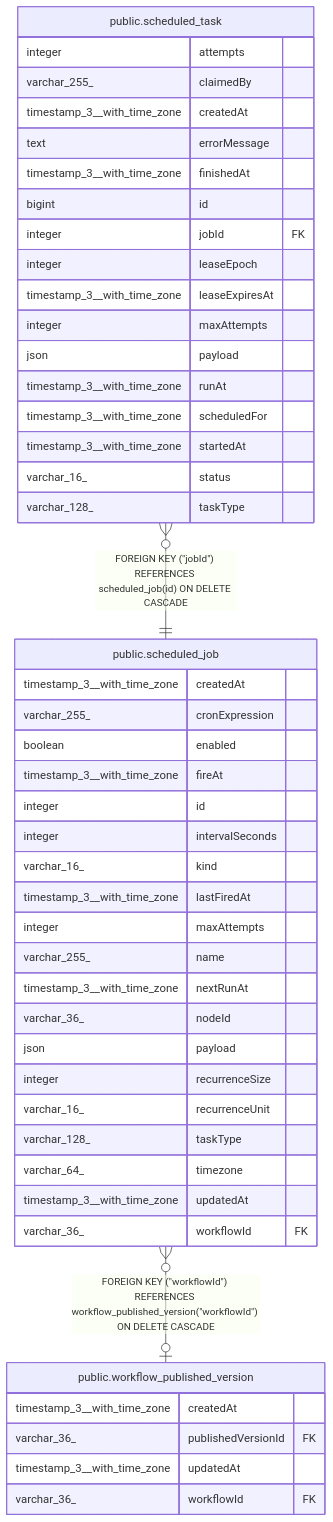
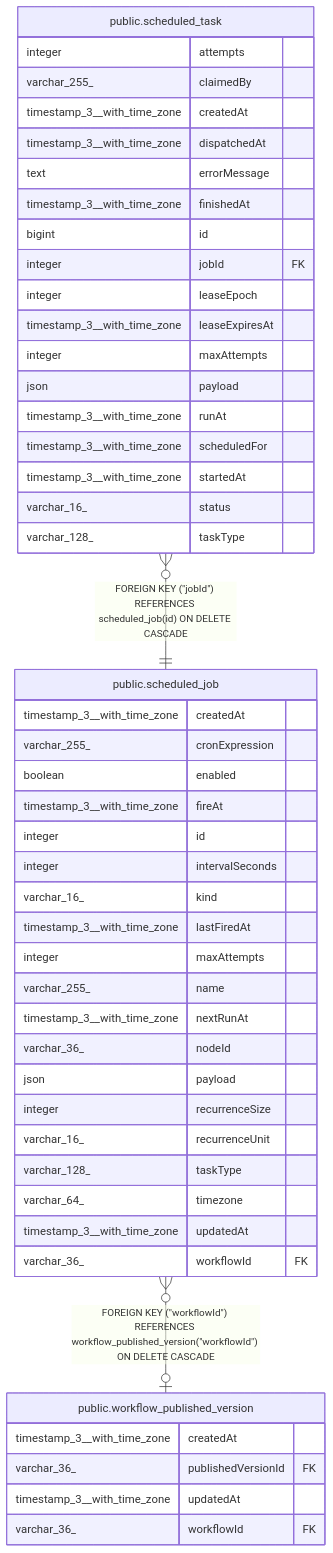
One commit to mayankjain1815-commits/n8n changed the diagram in docs/generated/postgres-schema/public.scheduled_job.md. Above: the diagram before and after it, drawn with Mermaid. The commit also changed 35 other files, not shown here.

````diff
--- a/docs/generated/postgres-schema/public.scheduled_job.md
+++ b/docs/generated/postgres-schema/public.scheduled_job.md
@@ -61,52 +61,53 @@
 ```mermaid
 erDiagram
 
 "public.scheduled_task" }o--|| "public.scheduled_job" : "FOREIGN KEY (#quot;jobId#quot;) REFERENCES scheduled_job(id) ON DELETE CASCADE"
 "public.scheduled_job" }o--o| "public.workflow_published_version" : "FOREIGN KEY (#quot;workflowId#quot;) REFERENCES workflow_published_version(#quot;workflowId#quot;) ON DELETE CASCADE"
 
 "public.scheduled_job" {
   timestamp_3__with_time_zone createdAt
   varchar_255_ cronExpression
   boolean enabled
   timestamp_3__with_time_zone fireAt
   integer id
   integer intervalSeconds
   varchar_16_ kind
   timestamp_3__with_time_zone lastFiredAt
   integer maxAttempts
   varchar_255_ name
   timestamp_3__with_time_zone nextRunAt
   varchar_36_ nodeId
   json payload
   integer recurrenceSize
   varchar_16_ recurrenceUnit
   varchar_128_ taskType
   varchar_64_ timezone
   timestamp_3__with_time_zone updatedAt
   varchar_36_ workflowId FK
 }
 "public.scheduled_task" {
   integer attempts
   varchar_255_ claimedBy
   timestamp_3__with_time_zone createdAt
+  timestamp_3__with_time_zone dispatchedAt
   text errorMessage
   timestamp_3__with_time_zone finishedAt
   bigint id
   integer jobId FK
   integer leaseEpoch
   timestamp_3__with_time_zone leaseExpiresAt
   integer maxAttempts
   json payload
   timestamp_3__with_time_zone runAt
   timestamp_3__with_time_zone scheduledFor
   timestamp_3__with_time_zone startedAt
   varchar_16_ status
   varchar_128_ taskType
 }
 "public.workflow_published_version" {
   timestamp_3__with_time_zone createdAt
   varchar_36_ publishedVersionId FK
   timestamp_3__with_time_zone updatedAt
   varchar_36_ workflowId FK
 }
 ```
````
